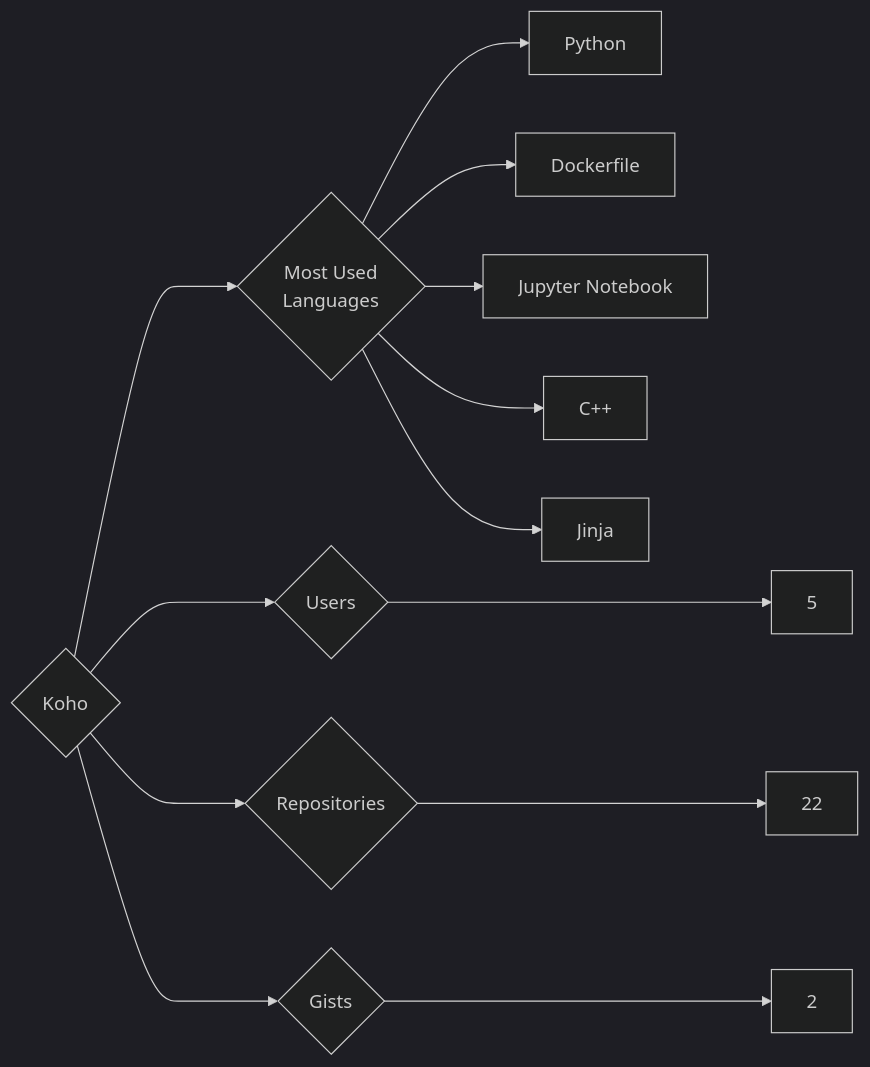
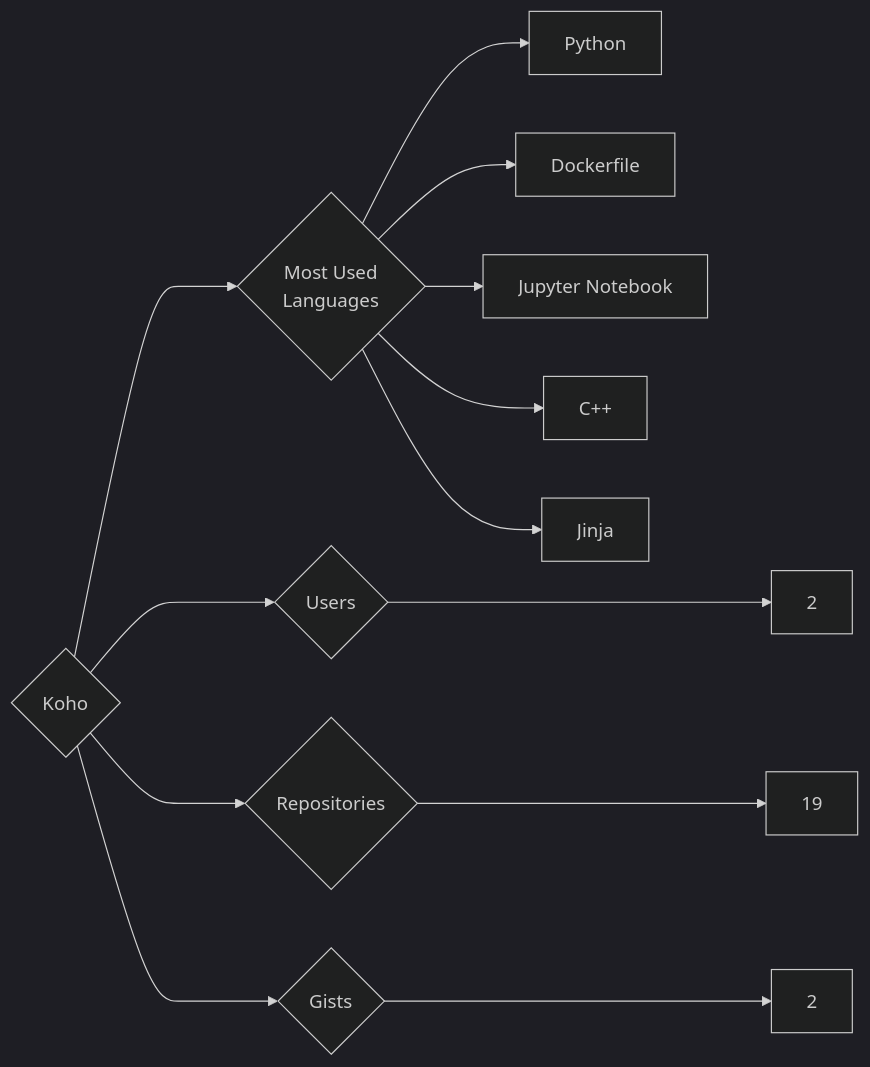
One commit to trickest/insiders changed the diagram in targets/Koho/README.md. Above: the diagram before and after it, drawn with Mermaid (dark theme). The commit also changed 773 other files, not shown here.

````diff
--- a/targets/Koho/README.md
+++ b/targets/Koho/README.md
@@ -3,13 +3,13 @@
 ```mermaid
 graph LR
 COMPANY_NAME{Koho}
-COMPANY_NAME ---> U{Users} ---> UN[5]
-COMPANY_NAME ---> R{Repositories} ---> RN[22]
+COMPANY_NAME ---> U{Users} ---> UN[2]
+COMPANY_NAME ---> R{Repositories} ---> RN[19]
 COMPANY_NAME ---> G{Gists} ---> GN[2]
 COMPANY_NAME ---> ML{Most Used<br>Languages}
 ML --> Python[Python]
 ML --> Dockerfile[Dockerfile]
 ML --> Jupyter_Notebook[Jupyter Notebook]
 ML --> C++[C++]
 ML --> Jinja[Jinja]
 ```
````
